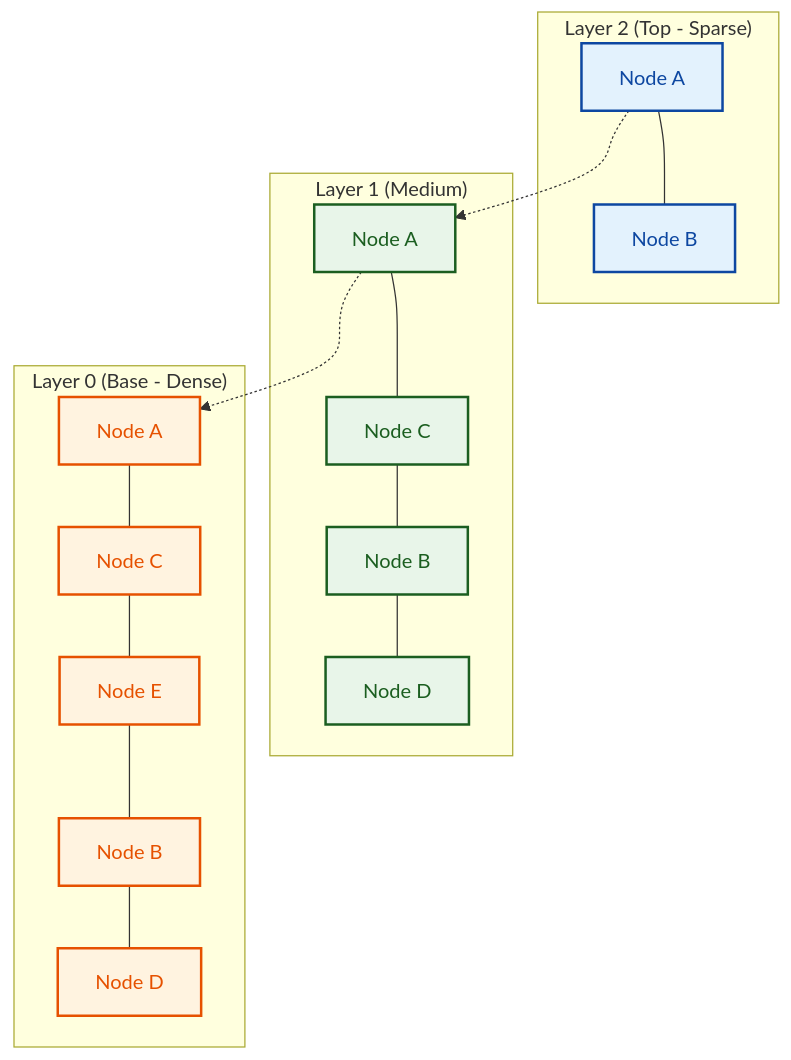
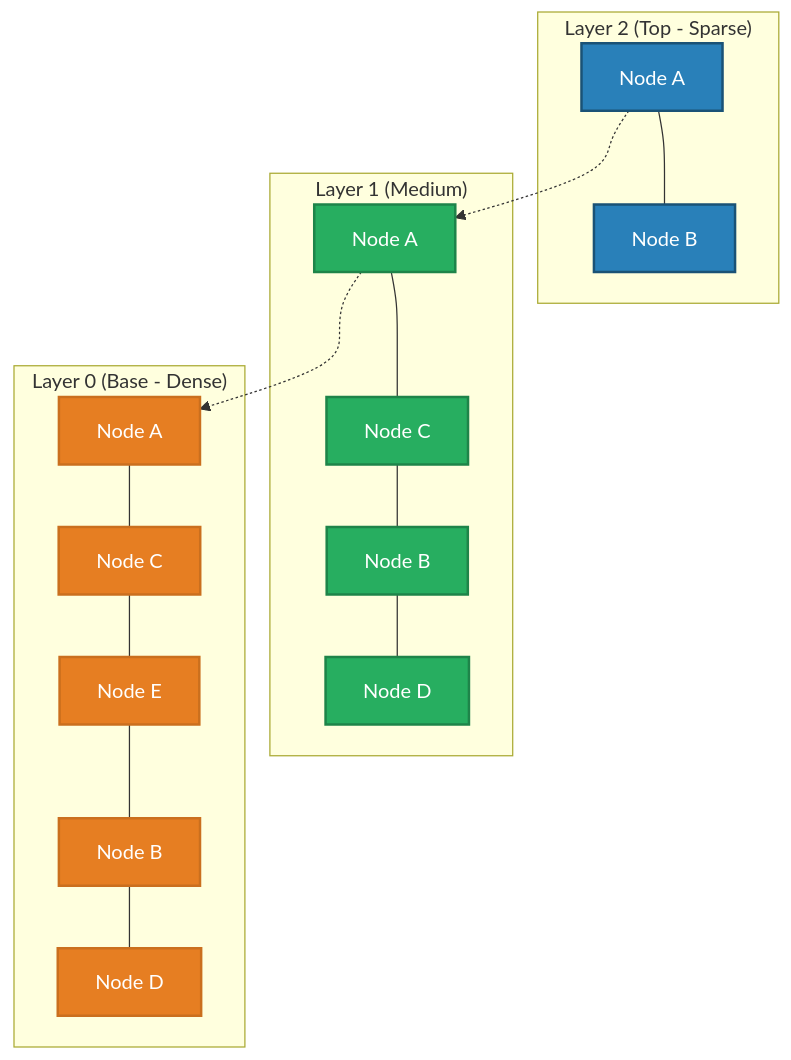
The second of 4 diagrams in docs/05-vector-databases/README.md (GyanendraChaubey/AI-Engineering-Notes), drawn with Mermaid before and after one commit. The commit also changed other lines of this file and 15 other files, not shown here.

Commit message:
style: replace all Mermaid diagram colors with saturated palette + white text for dark mode compatibility (321 changes across 16 files)

````diff
--- a/docs/05-vector-databases/README.md
+++ b/docs/05-vector-databases/README.md
@@ -72,33 +72,33 @@
 ```mermaid
 flowchart TD
     subgraph Layer2 ["Layer 2 (Top - Sparse)"]
         A2["Node A"] --- B2["Node B"]
     end
     
     subgraph Layer1 ["Layer 1 (Medium)"]
         A1["Node A"] --- C1["Node C"]
         C1 --- B1["Node B"]
         B1 --- D1["Node D"]
     end
     
     subgraph Layer0 ["Layer 0 (Base - Dense)"]
         A0["Node A"] --- C0["Node C"]
         C0 --- E0["Node E"]
         E0 --- B0["Node B"]
         B0 --- D0["Node D"]
     end
     
     A2 -.-> A1
     A1 -.-> A0
-    style A2 fill:#e3f2fd,stroke:#0d47a1,stroke-width:2px,color:#0d47a1
-    style B2 fill:#e3f2fd,stroke:#0d47a1,stroke-width:2px,color:#0d47a1
-    style A1 fill:#e8f5e9,stroke:#1b5e20,stroke-width:2px,color:#1b5e20
-    style B1 fill:#e8f5e9,stroke:#1b5e20,stroke-width:2px,color:#1b5e20
-    style C1 fill:#e8f5e9,stroke:#1b5e20,stroke-width:2px,color:#1b5e20
-    style D1 fill:#e8f5e9,stroke:#1b5e20,stroke-width:2px,color:#1b5e20
-    style A0 fill:#fff3e0,stroke:#e65100,stroke-width:2px,color:#e65100
-    style B0 fill:#fff3e0,stroke:#e65100,stroke-width:2px,color:#e65100
-    style C0 fill:#fff3e0,stroke:#e65100,stroke-width:2px,color:#e65100
-    style D0 fill:#fff3e0,stroke:#e65100,stroke-width:2px,color:#e65100
-    style E0 fill:#fff3e0,stroke:#e65100,stroke-width:2px,color:#e65100
+    style A2 fill:#2980B9,stroke:#1A5276,stroke-width:2px,color:#FFFFFF
+    style B2 fill:#2980B9,stroke:#1A5276,stroke-width:2px,color:#FFFFFF
+    style A1 fill:#27AE60,stroke:#1E8449,stroke-width:2px,color:#FFFFFF
+    style B1 fill:#27AE60,stroke:#1E8449,stroke-width:2px,color:#FFFFFF
+    style C1 fill:#27AE60,stroke:#1E8449,stroke-width:2px,color:#FFFFFF
+    style D1 fill:#27AE60,stroke:#1E8449,stroke-width:2px,color:#FFFFFF
+    style A0 fill:#E67E22,stroke:#CA6F1E,stroke-width:2px,color:#FFFFFF
+    style B0 fill:#E67E22,stroke:#CA6F1E,stroke-width:2px,color:#FFFFFF
+    style C0 fill:#E67E22,stroke:#CA6F1E,stroke-width:2px,color:#FFFFFF
+    style D0 fill:#E67E22,stroke:#CA6F1E,stroke-width:2px,color:#FFFFFF
+    style E0 fill:#E67E22,stroke:#CA6F1E,stroke-width:2px,color:#FFFFFF
 ```
````
